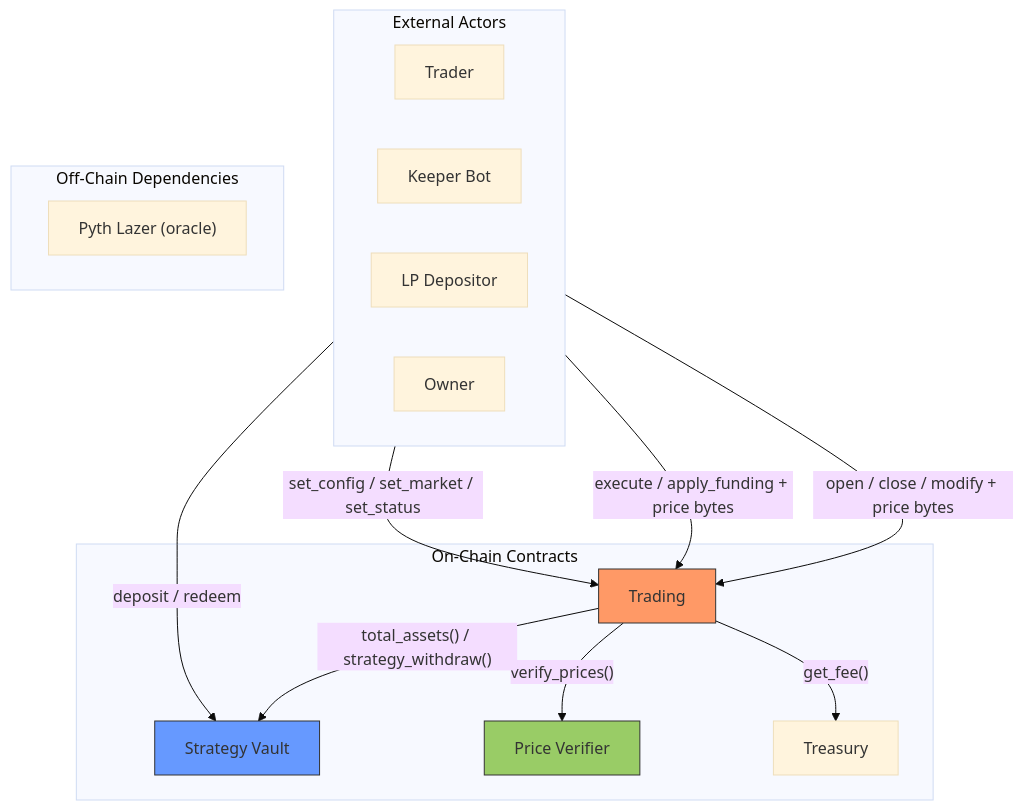
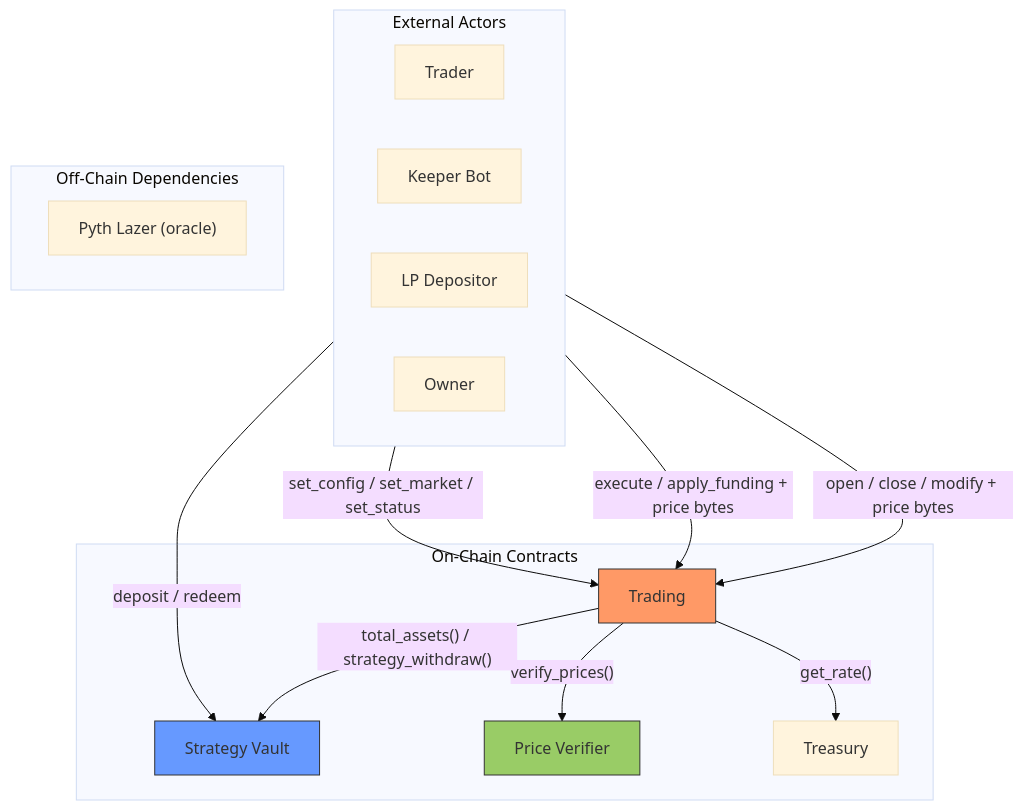
Before and after one commit to zenith-protocols/zenex-docs: the diagram in technical/index.md, drawn with Mermaid (base theme). The commit also changed 34 other files, not shown here.

````diff
--- a/technical/index.md
+++ b/technical/index.md
@@ -25,34 +25,34 @@
 ```mermaid
 flowchart TB
     subgraph Actors["External Actors"]
         direction LR
         Trader["Trader"]
         Keeper["Keeper Bot"]
         LP["LP Depositor"]
         Admin["Owner"]
     end
 
     subgraph Contracts["On-Chain Contracts"]
         Trading["Trading"]
         Vault["Strategy Vault"]
         PV["Price Verifier"]
         Treasury["Treasury"]
     end
 
     subgraph External["Off-Chain Dependencies"]
         Pyth["Pyth Lazer (oracle)"]
     end
 
     Trader -->|"open / close / modify + price bytes"| Trading
     Keeper -->|"execute / apply_funding + price bytes"| Trading
     LP -->|"deposit / redeem"| Vault
     Admin -->|"set_config / set_market / set_status"| Trading
 
     Trading -->|"verify_prices()"| PV
     Trading -->|"total_assets() / strategy_withdraw()"| Vault
-    Trading -->|"get_fee()"| Treasury
+    Trading -->|"get_rate()"| Treasury
 
     style Trading fill:#f96,stroke:#333
     style Vault fill:#69f,stroke:#333
     style PV fill:#9c6,stroke:#333
 ```
````
